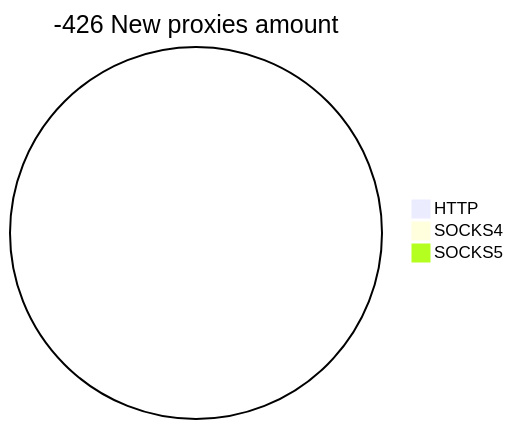
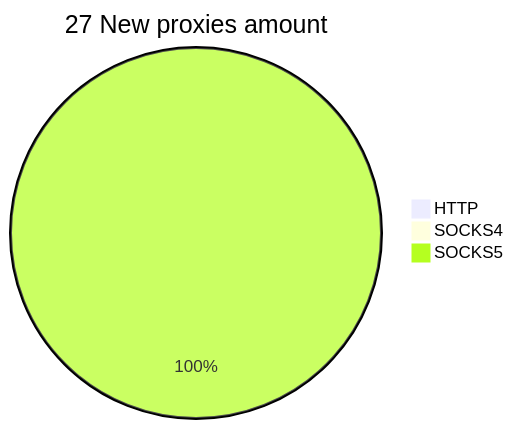
One commit to cutipu/proxylist changed the second of 2 diagrams in README.md. Above: the diagram before and after it, drawn with Mermaid. The commit also changed other lines of this file, not shown here.

````diff
--- a/README.md
+++ b/README.md
@@ -10,6 +10,6 @@
 ```mermaid
-pie title -426 New proxies amount
+pie title 27 New proxies amount
     "HTTP" : 0
     "SOCKS4" : 0
-    "SOCKS5" : 0
+    "SOCKS5" : 27
 ```
````
